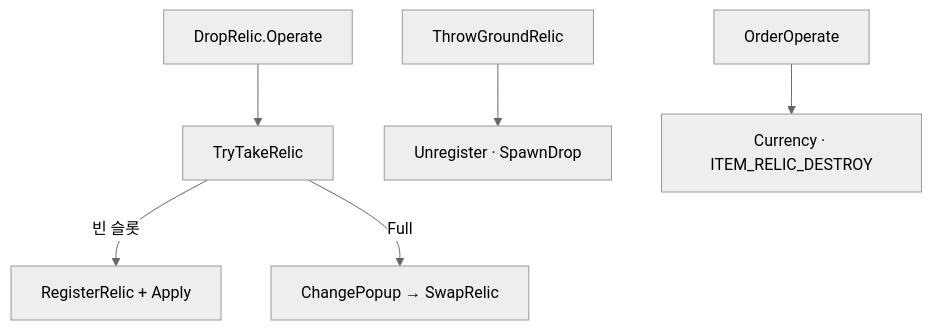
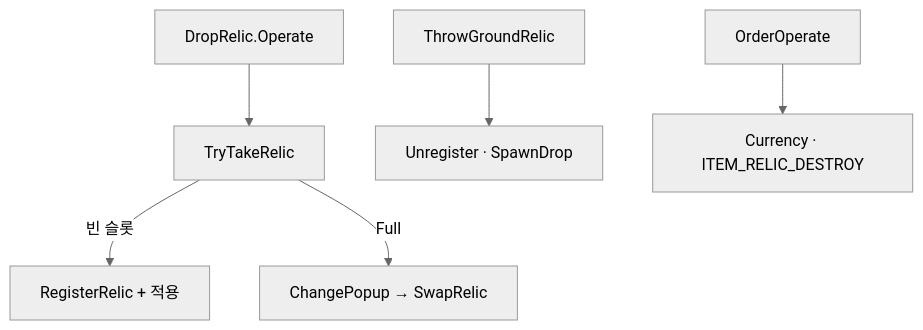
One commit to monet5379/monet5379.github.io changed the second of 2 diagrams in notes/dragon-relic-acquire.md. Above: the diagram before and after it, drawn with Mermaid (neutral theme). The commit also changed other lines of this file and 27 other files, not shown here.

````diff
--- a/notes/dragon-relic-acquire.md
+++ b/notes/dragon-relic-acquire.md
@@ -85,8 +85,8 @@
 ```mermaid
 flowchart TD
   O["DropRelic.Operate"] --> T["TryTakeRelic"]
-  T -->|빈 슬롯| A["RegisterRelic + Apply"]
+  T -->|빈 슬롯| A["RegisterRelic + 적용"]
   T -->|Full| C["ChangePopup → SwapRelic"]
   TH["ThrowGroundRelic"] --> U["Unregister · SpawnDrop"]
   X["OrderOperate"] --> G["Currency · ITEM_RELIC_DESTROY"]
 ```
````
